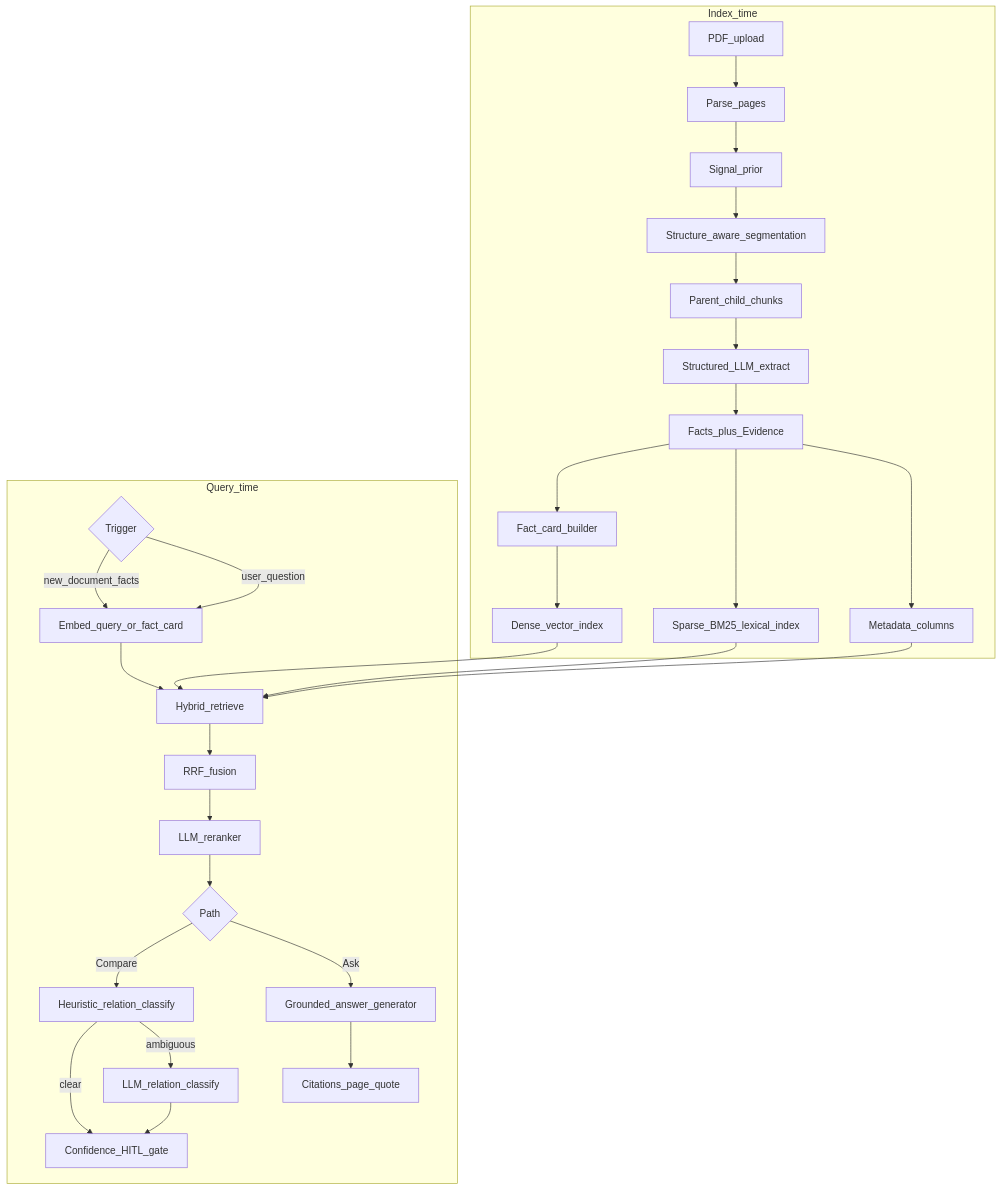
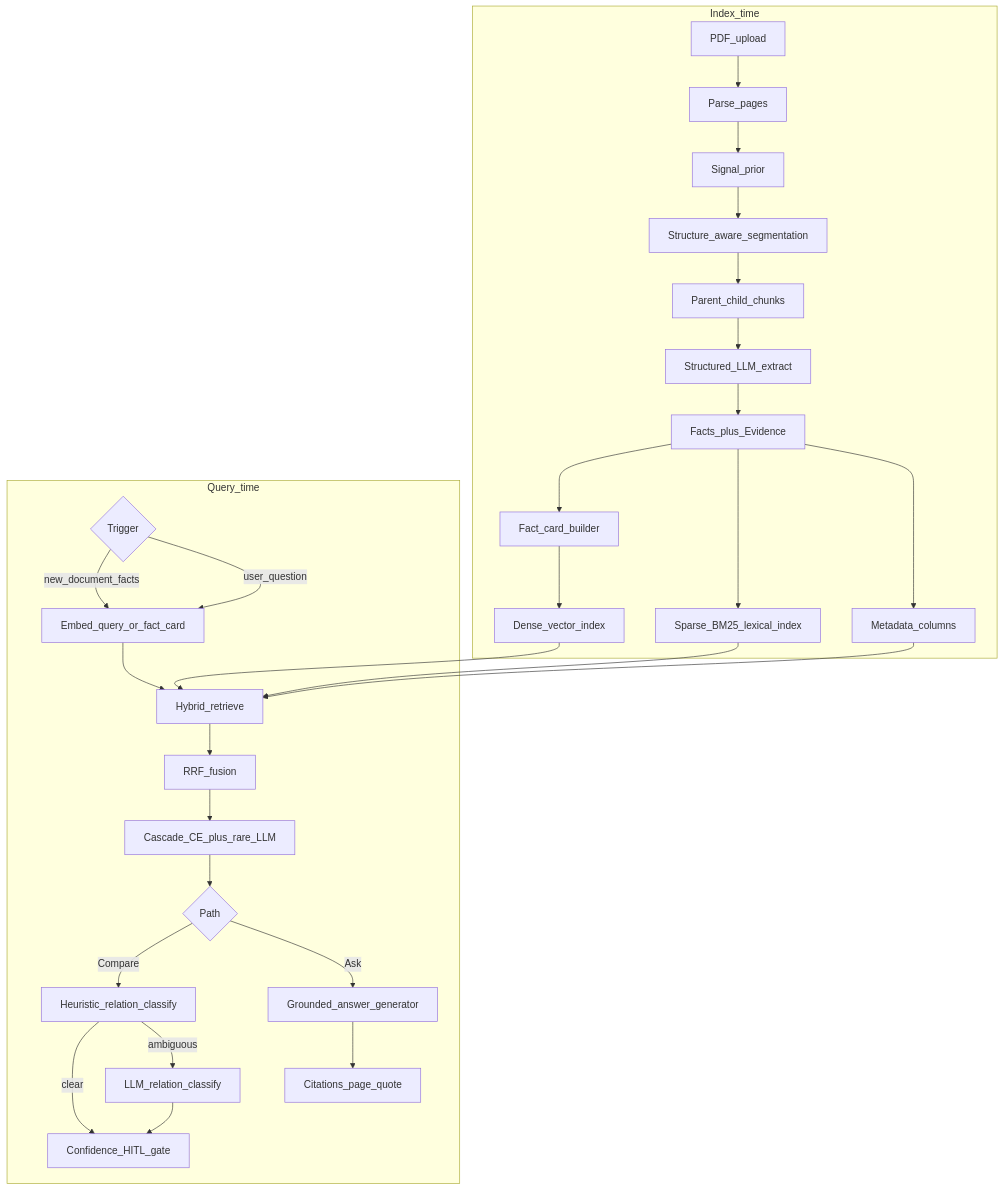
One commit to PrasannaPal21/superjoin-assignement changed the second of 10 diagrams in docs/RAG_ARCHITECTURE.md. Above: the diagram before and after it, drawn with Mermaid. The commit also changed other lines of this file and 14 other files, not shown here.

Commit message:
feat(rerank):Add cascade CE rerank with rare LLM mid-band before classify.

````diff
--- a/docs/RAG_ARCHITECTURE.md
+++ b/docs/RAG_ARCHITECTURE.md
@@ -60,47 +60,47 @@
 ```mermaid
 flowchart TB
   subgraph ingest [Index_time]
     PDF[PDF_upload]
     Parse[Parse_pages]
     Signal[Signal_prior]
     Struct[Structure_aware_segmentation]
     PC[Parent_child_chunks]
     Extract[Structured_LLM_extract]
     Facts[Facts_plus_Evidence]
     Card[Fact_card_builder]
     DenseIdx[Dense_vector_index]
     SparseIdx[Sparse_BM25_lexical_index]
     MetaIdx[Metadata_columns]
     PDF --> Parse --> Signal --> Struct --> PC --> Extract --> Facts
     Facts --> Card
     Card --> DenseIdx
     Facts --> SparseIdx
     Facts --> MetaIdx
   end
 
   subgraph query [Query_time]
     Trigger{Trigger}
     QEmbed[Embed_query_or_fact_card]
     Hybrid[Hybrid_retrieve]
     RRF[RRF_fusion]
-    Rerank[LLM_reranker]
+    Rerank[Cascade_CE_plus_rare_LLM]
     Branch{Path}
     Heuristic[Heuristic_relation_classify]
     RelLLM[LLM_relation_classify]
     HITL[Confidence_HITL_gate]
     Gen[Grounded_answer_generator]
     Cite[Citations_page_quote]
 
     Trigger -->|new_document_facts| QEmbed
     Trigger -->|user_question| QEmbed
     QEmbed --> Hybrid
     DenseIdx --> Hybrid
     SparseIdx --> Hybrid
     MetaIdx --> Hybrid
     Hybrid --> RRF --> Rerank --> Branch
     Branch -->|Compare| Heuristic
     Heuristic -->|clear| HITL
     Heuristic -->|ambiguous| RelLLM --> HITL
     Branch -->|Ask| Gen --> Cite
   end
 ```
````
